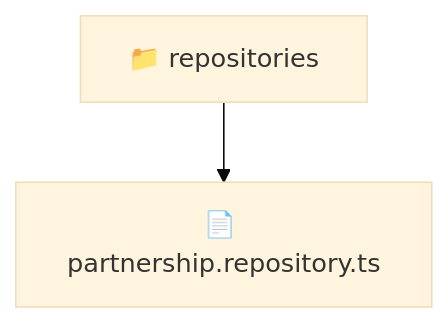
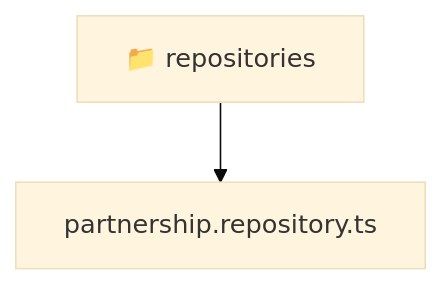
One commit to beginwebdev2002/fullstack-mavluda changed the diagram in backend/src/modules/partnership/infrastructure/repositories/README.md. Above: the diagram before and after it, drawn with Mermaid (base theme). The commit also changed other lines of this file and 167 other files, not shown here.

````diff
--- a/backend/src/modules/partnership/infrastructure/repositories/README.md
+++ b/backend/src/modules/partnership/infrastructure/repositories/README.md
@@ -9,5 +9,6 @@
 ```mermaid
 graph TD
-  Root["📁 repositories"]
-  Root --> partnership_repository_ts["📄 partnership.repository.ts"]
+  Root_repositories["📁 repositories"]
+  f_partnership_repository_ts["partnership.repository.ts"]
+  Root_repositories --> f_partnership_repository_ts
 ```
````
